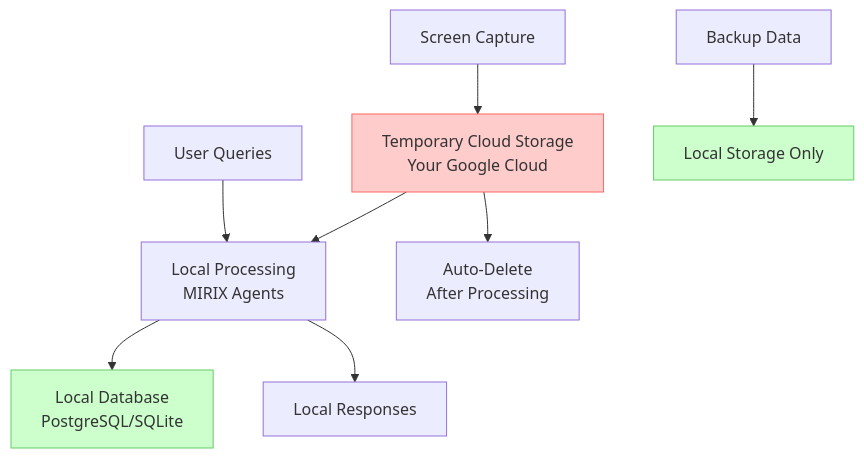
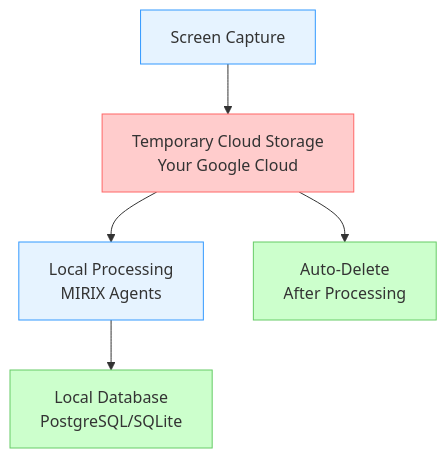
Before and after one commit to Mirix-AI/MIRIX-docs: the first of 2 diagrams in docs/advanced/security-privacy.md, drawn with Mermaid. The commit also changed other lines of this file and 24 other files, not shown here.

````diff
--- a/docs/advanced/security-privacy.md
+++ b/docs/advanced/security-privacy.md
@@ -9,23 +11,22 @@
 ```mermaid
 graph TB
     A[Screen Capture] --> B[Temporary Cloud Storage<br/>Your Google Cloud]
     B --> C[Local Processing<br/>MIRIX Agents]
     C --> D[Local Database<br/>PostgreSQL/SQLite]
     
     B --> E[Auto-Delete<br/>After Processing]
     
-    F[User Queries] --> C
-    C --> G[Local Responses]
-    
-    H[Backup Data] --> I[Local Storage Only]
-    
+    style A fill:#e6f3ff
     style B fill:#ffcccc
+    style C fill:#e6f3ff
     style D fill:#ccffcc
-    style I fill:#ccffcc
+    style E fill:#ccffcc
     
     classDef cloud fill:#ffcccc,stroke:#ff6666
     classDef local fill:#ccffcc,stroke:#66cc66
+    classDef process fill:#e6f3ff,stroke:#3399ff
     
     class B cloud
-    class D,I local
+    class D,E local
+    class A,C process
 ```
````
